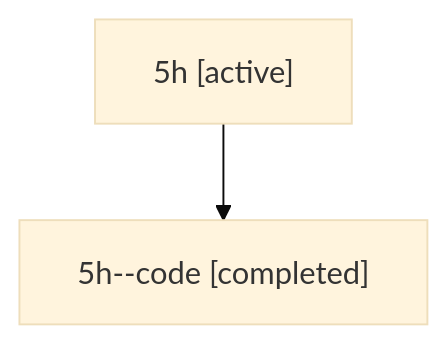
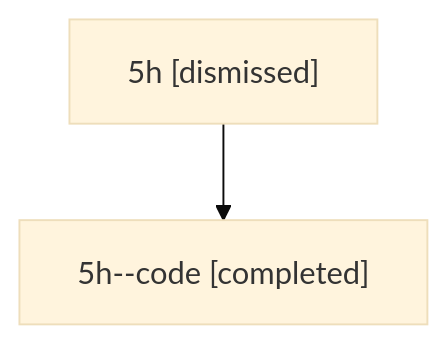
The diagram in sessions/bbugyi200.athena.5h.md (sase-org/sase--agents), drawn with Mermaid (base theme) before and after one commit. The commit also changed other lines of this file and 42 other files, not shown here.

````diff
--- a/sessions/bbugyi200.athena.5h.md
+++ b/sessions/bbugyi200.athena.5h.md
@@ -9,6 +9,6 @@
 ```mermaid
 flowchart TD
-  n0["5h [active]"]
+  n0["5h [dismissed]"]
   n1["5h--code [completed]"]
   n0 --> n1
 ```
````
